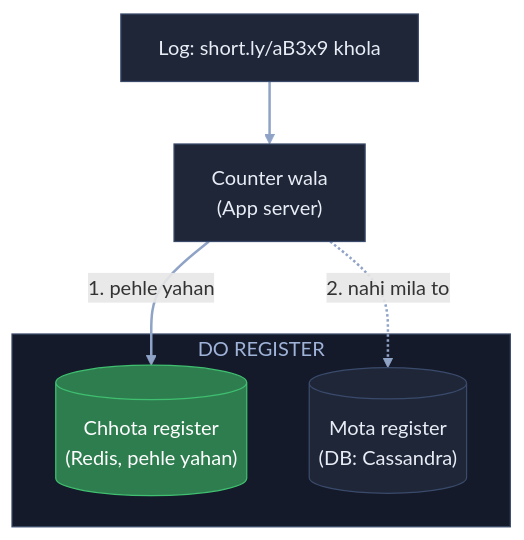
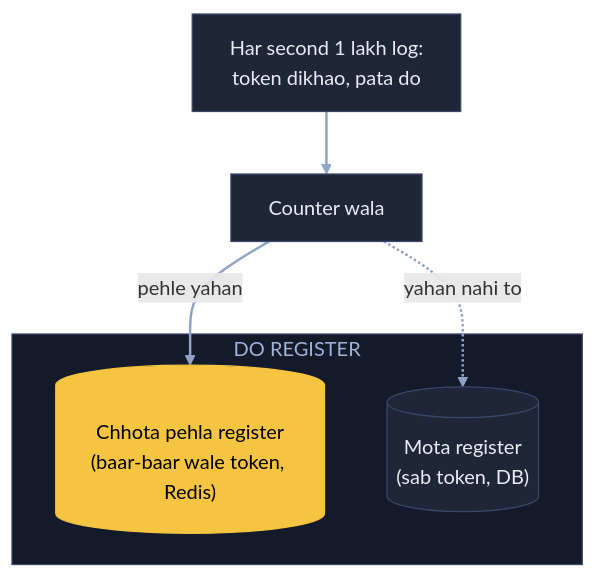
The third of 13 diagrams in 04_HLD/SYSTEM_DESIGNS/01_url_shortener/01_url_shortener.md (ArpanMaheshwari144/Prep), drawn with Mermaid before and after one commit. The commit also changed other lines of this file, not shown here.

Commit message:
URL: 13 diagram hand notes ke shabdon se (K4 naya), K7 / K12 kahani notes jaisi

````diff
--- a/04_HLD/SYSTEM_DESIGNS/01_url_shortener/01_url_shortener.md
+++ b/04_HLD/SYSTEM_DESIGNS/01_url_shortener/01_url_shortener.md
@@ -88,18 +88,18 @@
 ```mermaid
 flowchart TB
-    U["Log: short.ly/aB3x9 khola"]:::card
-    C["Counter wala<br/>(App server)"]:::card
-    subgraph REG["DO REGISTER"]
-        R[("Chhota register<br/>(Redis, pehle yahan)")]:::good
-        D[("Mota register<br/>(DB: Cassandra)")]:::card
+    U["Har second 1 lakh log:<br/>token dikhao, pata do"]:::card
+    C["Counter wala"]:::card
+    subgraph RG["DO REGISTER"]
+        R[("Chhota pehla register<br/>(baar-baar wale token, Redis)")]:::pill
+        D[("Mota register<br/>(sab token, DB)")]:::card
     end
     U --> C
-    C -- "1. pehle yahan" --> R
-    C -. "2. nahi mila to" .-> D
+    C -- "pehle yahan" --> R
+    C -. "yahan nahi to" .-> D
     linkStyle default stroke:#8fa3c7,stroke-width:2px
     classDef card fill:#1e2638,stroke:#3a4a6b,color:#e8ecf5
     classDef pill fill:#f5c542,stroke:#f5c542,color:#000
     classDef good fill:#2e7d4f,stroke:#3fbf6f,color:#fff
     classDef bad fill:#5c1f24,stroke:#e05561,color:#fff
-    style REG fill:#141a29,stroke:#3a4a6b,color:#9fb3d9
+    style RG fill:#141a29,stroke:#3a4a6b,color:#9fb3d9
 ```
````
